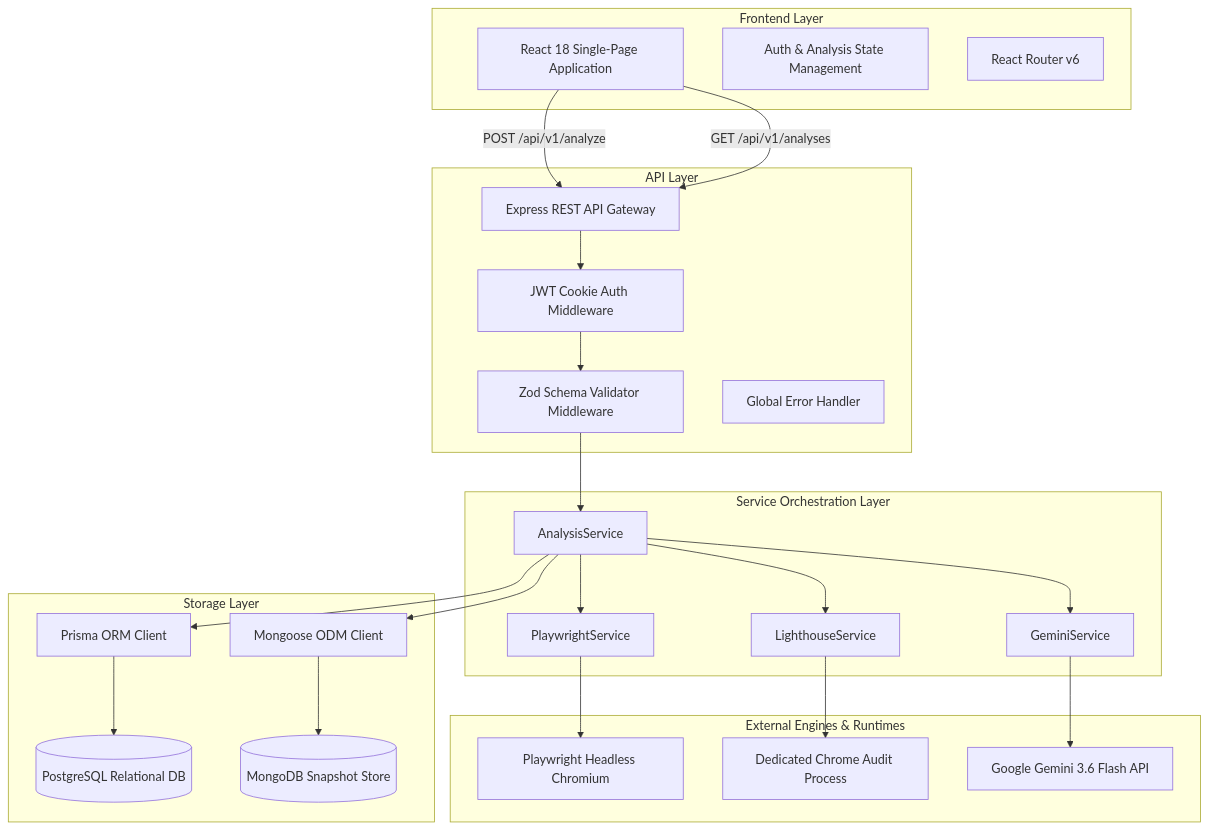
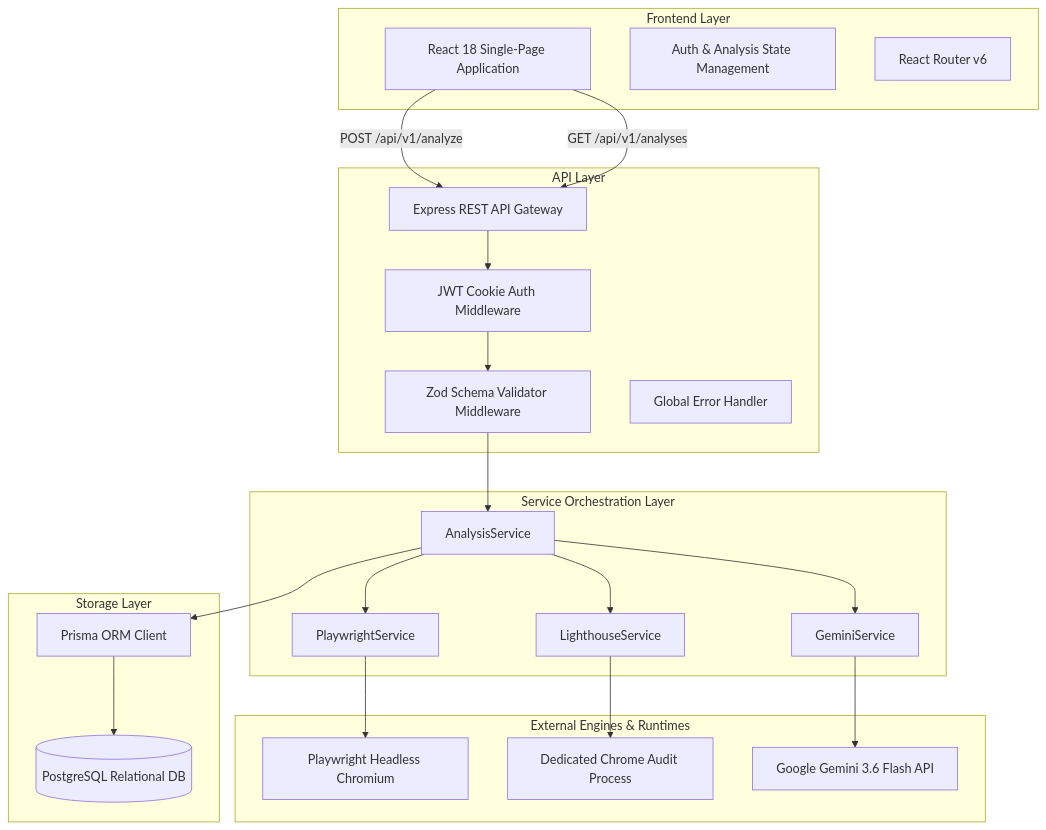
The first of 2 diagrams in docs/architecture/HLD.md (PrithviDRajvanshi/UIVerdict.), drawn with Mermaid before and after one commit. The commit also changed other lines of this file and 45 other files, not shown here.

````diff
--- a/docs/architecture/HLD.md
+++ b/docs/architecture/HLD.md
@@ -66,55 +56,50 @@
 ```mermaid
 graph TB
     subgraph Frontend Layer
         SPA[React 18 Single-Page Application]
         State[Auth & Analysis State Management]
         Router[React Router v6]
     end
 
     subgraph API Layer
         Express[Express REST API Gateway]
         AuthMW[JWT Cookie Auth Middleware]
         ValMW[Zod Schema Validator Middleware]
         ErrMW[Global Error Handler]
     end
 
     subgraph Service Orchestration Layer
         Orchestrator[AnalysisService]
         PWService[PlaywrightService]
         LHService[LighthouseService]
         AIService[GeminiService]
     end
 
     subgraph External Engines & Runtimes
         Chromium[Playwright Headless Chromium]
         ChromeProc[Dedicated Chrome Audit Process]
         GeminiAPI[Google Gemini 3.6 Flash API]
     end
 
     subgraph Storage Layer
         Postgres[(PostgreSQL Relational DB)]
         PrismaORM[Prisma ORM Client]
-        MongoDB[(MongoDB Snapshot Store)]
-        MongooseODM[Mongoose ODM Client]
     end
 
     SPA -->|POST /api/v1/analyze| Express
     SPA -->|GET /api/v1/analyses| Express
     Express --> AuthMW
     AuthMW --> ValMW
     ValMW --> Orchestrator
     
     Orchestrator --> PWService
     Orchestrator --> LHService
     Orchestrator --> AIService
     
     PWService --> Chromium
     LHService --> ChromeProc
     AIService --> GeminiAPI
 
     Orchestrator --> PrismaORM
-    Orchestrator --> MongooseODM
-
     PrismaORM --> Postgres
-    MongooseODM --> MongoDB
 ```
````
